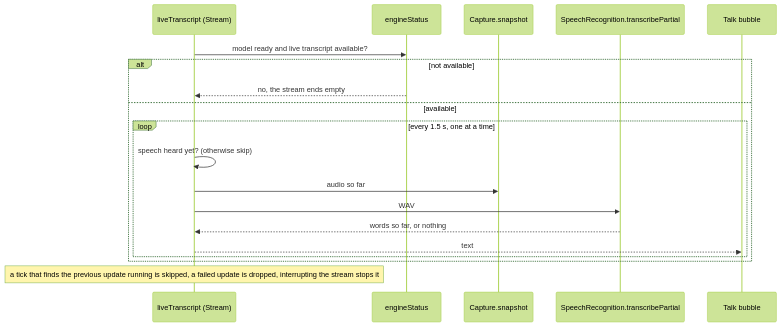
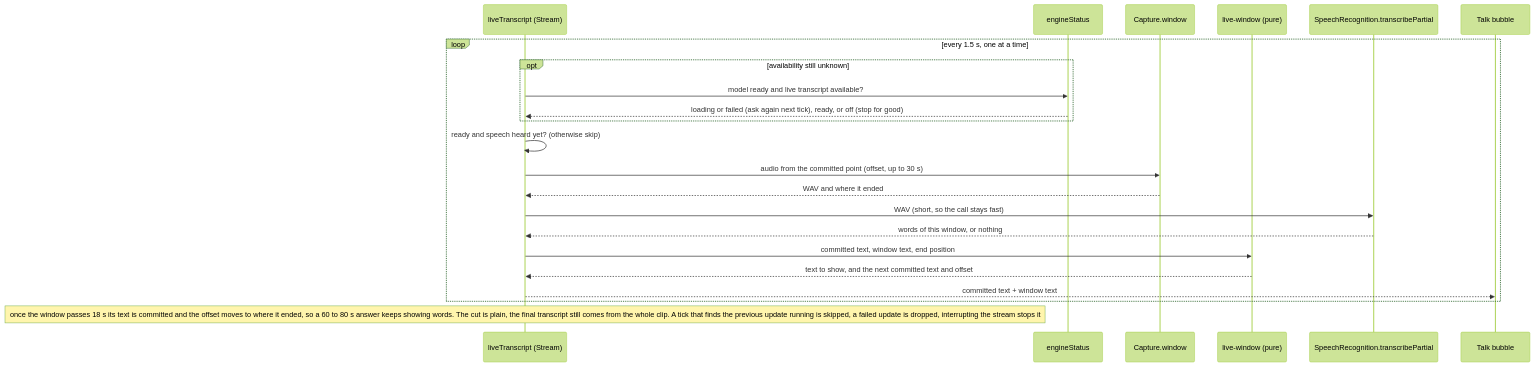
Before and after one commit to oleksii-latyshev/english-trainer: the seventh of 8 diagrams in src/core/speech/flow.md, drawn with Mermaid (forest theme). The commit also changed 18 other files, not shown here.

First line of the commit message:
fix(speech): live transcript shows words while the learner speaks (#153)

````diff
--- a/src/core/speech/flow.md
+++ b/src/core/speech/flow.md
@@ -157,22 +157,25 @@
 ```mermaid
 sequenceDiagram
     participant Live as liveTranscript (Stream)
     participant Status as engineStatus
-    participant Cap as Capture.snapshot
+    participant Cap as Capture.window
+    participant Win as live-window (pure)
     participant Rec as SpeechRecognition.transcribePartial
     participant UI as Talk bubble
 
-    Live->>Status: model ready and live transcript available?
-    alt not available
-        Status-->>Live: no, the stream ends empty
-    else available
-        loop every 1.5 s, one at a time
-            Live->>Live: speech heard yet? (otherwise skip)
-            Live->>Cap: audio so far
-            Live->>Rec: WAV
-            Rec-->>Live: words so far, or nothing
-            Live-->>UI: text
+    loop every 1.5 s, one at a time
+        opt availability still unknown
+            Live->>Status: model ready and live transcript available?
+            Status-->>Live: loading or failed (ask again next tick), ready, or off (stop for good)
         end
+        Live->>Live: ready and speech heard yet? (otherwise skip)
+        Live->>Cap: audio from the committed point (offset, up to 30 s)
+        Cap-->>Live: WAV and where it ended
+        Live->>Rec: WAV (short, so the call stays fast)
+        Rec-->>Live: words of this window, or nothing
+        Live->>Win: committed text, window text, end position
+        Win-->>Live: text to show, and the next committed text and offset
+        Live-->>UI: committed text + window text
     end
-    Note over Live: a tick that finds the previous update running is skipped, a failed update is dropped, interrupting the stream stops it
+    Note over Live: once the window passes 18 s its text is committed and the offset moves to where it ended, so a 60 to 80 s answer keeps showing words. The cut is plain, the final transcript still comes from the whole clip. A tick that finds the previous update running is skipped, a failed update is dropped, interrupting the stream stops it
 ```
````
